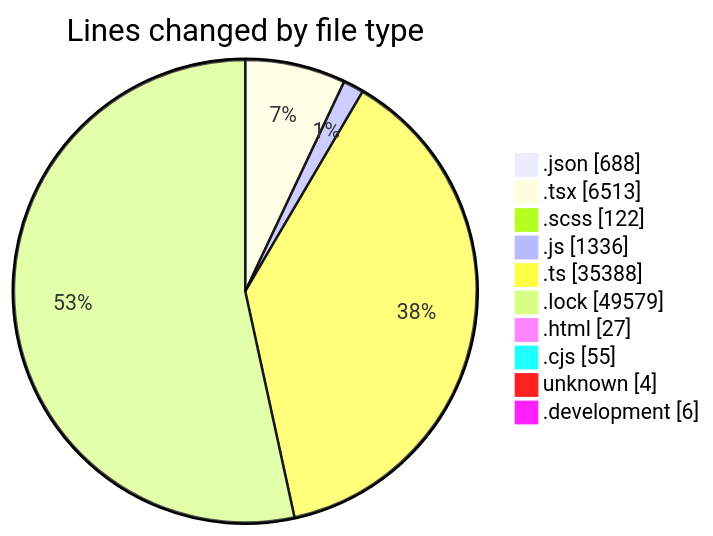
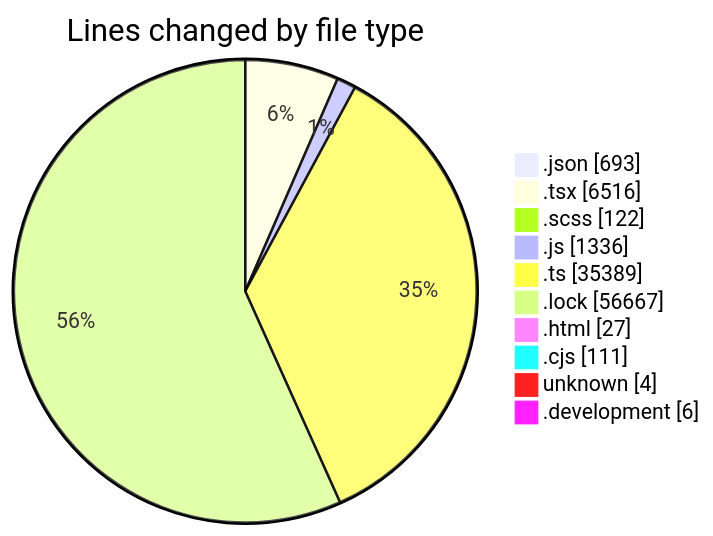
The first of 2 diagrams in 2026-09-03/cda/README.md (momahboobian/code-tracking), drawn with Mermaid before and after one commit. The commit also changed other lines of this file and 1 other file, not shown here.

````diff
--- a/2026-09-03/cda/README.md
+++ b/2026-09-03/cda/README.md
@@ -82,14 +82,14 @@
 ```mermaid
 pie showData
 title Lines changed by file type
-".json" : 688
-".tsx" : 6513
+".json" : 693
+".tsx" : 6516
 ".scss" : 122
 ".js" : 1336
-".ts" : 35388
-".lock" : 49579
+".ts" : 35389
+".lock" : 56667
 ".html" : 27
-".cjs" : 55
+".cjs" : 111
 "unknown" : 4
 ".development" : 6
 ```
````
